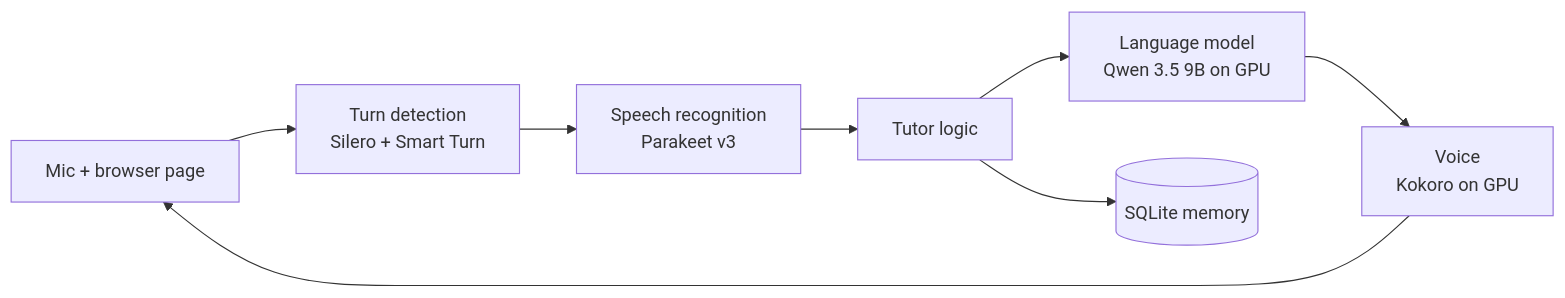
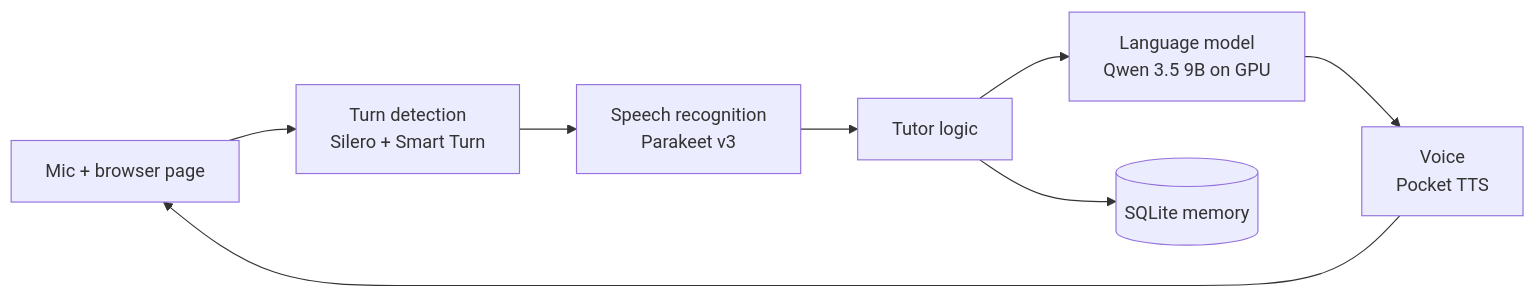
One commit to Ahmed-Yassine-Hajjaji/spanish-companion changed the diagram in README.md. Above: the diagram before and after it, drawn with Mermaid. The commit also changed other lines of this file and 7 other files, not shown here.

First line of the commit message:
Switch the voice to Pocket TTS, keep punctuation with its language part

````diff
--- a/README.md
+++ b/README.md
@@ -28,10 +28,10 @@
 ```mermaid
 flowchart LR
     A[Mic + browser page] --> B[Turn detection<br/>Silero + Smart Turn]
     B --> C[Speech recognition<br/>Parakeet v3]
     C --> D[Tutor logic]
     D --> E[Language model<br/>Qwen 3.5 9B on GPU]
-    E --> F[Voice<br/>Kokoro on GPU]
+    E --> F[Voice<br/>Pocket TTS]
     F --> A
     D --> G[(SQLite memory)]
 ```
````
